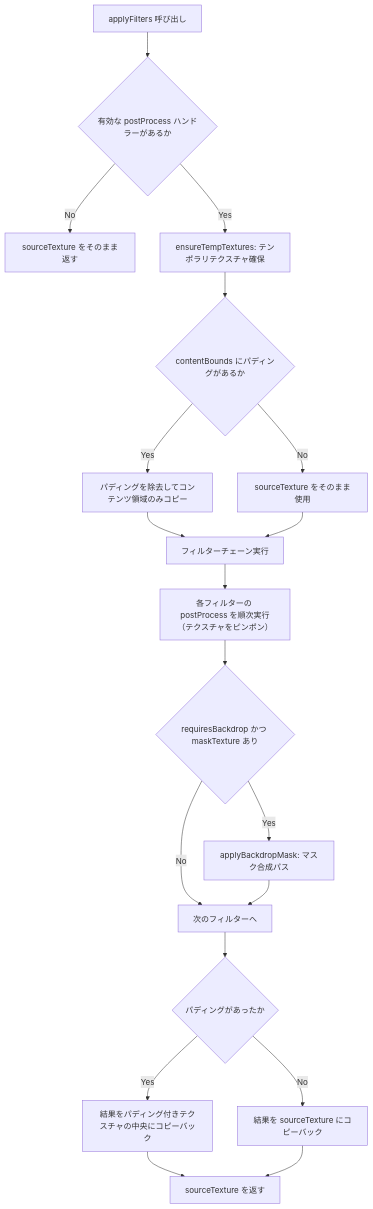
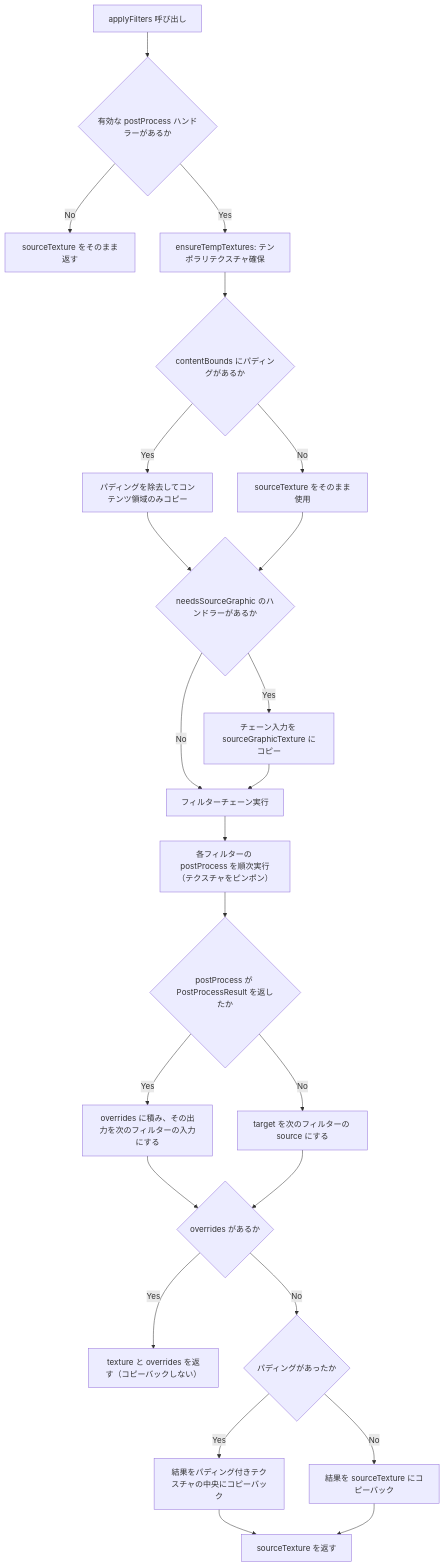
The diagram in pkgs/web/src/app/devdocs/renderer/filters/page.mdx (hanakla/paplico), drawn with Mermaid before and after one commit. The commit also changed other lines of this file and 37 other files, not shown here.

````diff
--- a/pkgs/web/src/app/devdocs/renderer/filters/page.mdx
+++ b/pkgs/web/src/app/devdocs/renderer/filters/page.mdx
@@ -73,21 +102,26 @@
 ```mermaid
 flowchart TB
   A[applyFilters 呼び出し] --> B{有効な postProcess ハンドラーがあるか}
   B -- No --> RET[sourceTexture をそのまま返す]
   B -- Yes --> C[ensureTempTextures: テンポラリテクスチャ確保]
   C --> D{contentBounds にパディングがあるか}
   D -- Yes --> E[パディングを除去してコンテンツ領域のみコピー]
   D -- No --> F[sourceTexture をそのまま使用]
-  E --> G[フィルターチェーン実行]
-  F --> G
+  E --> SG{needsSourceGraphic のハンドラーがあるか}
+  F --> SG
+  SG -- Yes --> SGC[チェーン入力を sourceGraphicTexture にコピー]
+  SG -- No --> G[フィルターチェーン実行]
+  SGC --> G
   G --> H["各フィルターの postProcess を順次実行（テクスチャをピンポン）"]
-  H --> I{requiresBackdrop かつ maskTexture あり}
-  I -- Yes --> J[applyBackdropMask: マスク合成パス]
-  I -- No --> K[次のフィルターへ]
-  J --> K
-  K --> L{パディングがあったか}
+  H --> O{postProcess が PostProcessResult を返したか}
+  O -- Yes --> OV[overrides に積み、その出力を次のフィルターの入力にする]
+  O -- No --> K[target を次のフィルターの source にする]
+  OV --> L0{overrides があるか}
+  K --> L0
+  L0 -- Yes --> RET3["texture と overrides を返す（コピーバックしない）"]
+  L0 -- No --> L{パディングがあったか}
   L -- Yes --> M[結果をパディング付きテクスチャの中央にコピーバック]
   L -- No --> N[結果を sourceTexture にコピーバック]
   M --> RET2[sourceTexture を返す]
   N --> RET2
 ```
````
